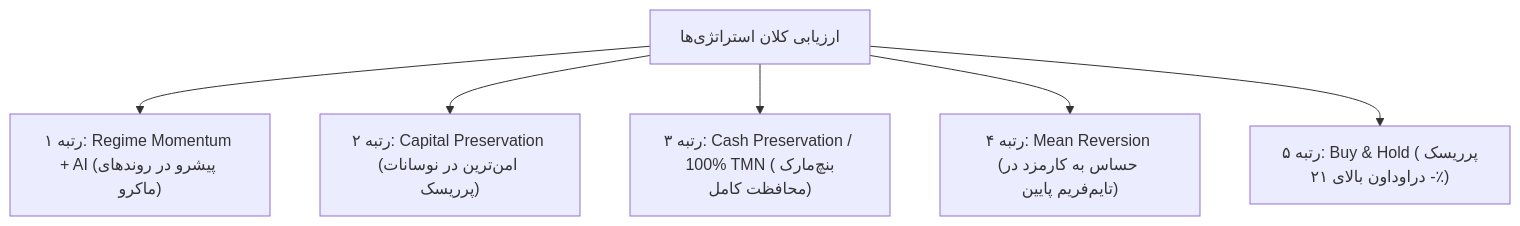
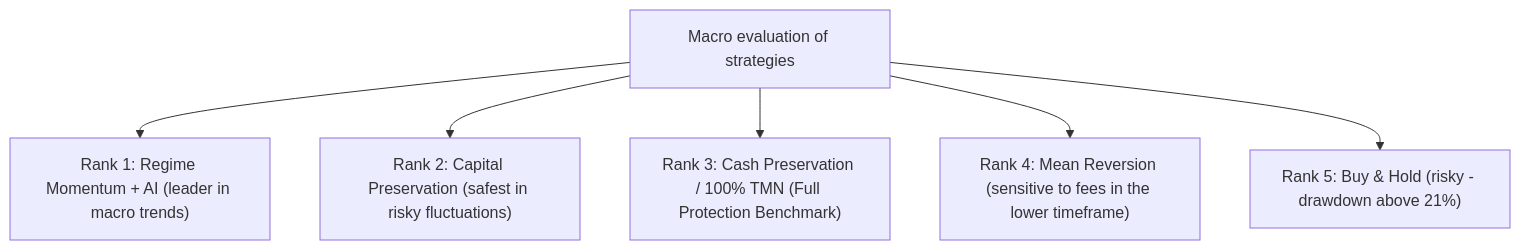
The diagram in docs/STRATEGY_COMPARISON.md (AliFazelniya/wallextrade), drawn with Mermaid before and after one commit. The commit also changed other lines of this file and 81 other files, not shown here.

````diff
--- a/docs/STRATEGY_COMPARISON.md
+++ b/docs/STRATEGY_COMPARISON.md
@@ -58,8 +58,8 @@
 ```mermaid
 graph TD
-    A["ارزیابی کلان استراتژی‌ها"] --> B["رتبه ۱: Regime Momentum + AI (پیشرو در روندهای ماکرو)"]
-    A --> C["رتبه ۲: Capital Preservation (امن‌ترین در نوسانات پرریسک)"]
-    A --> D["رتبه ۳: Cash Preservation / 100% TMN (بنچ‌مارک محافظت کامل)"]
-    A --> E["رتبه ۴: Mean Reversion (حساس به کارمزد در تایم‌فریم پایین)"]
-    A --> F["رتبه ۵: Buy & Hold (پرریسک - دراوداون بالای ۲۱٪)"]
+    A["Macro evaluation of strategies"] --> B["Rank 1: Regime Momentum + AI (leader in macro trends)"]
+    A --> C["Rank 2: Capital Preservation (safest in risky fluctuations)"]
+    A --> D["Rank 3: Cash Preservation / 100% TMN (Full Protection Benchmark)"]
+    A --> E["Rank 4: Mean Reversion (sensitive to fees in the lower timeframe)"]
+    A --> F["Rank 5: Buy & Hold (risky - drawdown above 21%)"]
 ```
````
